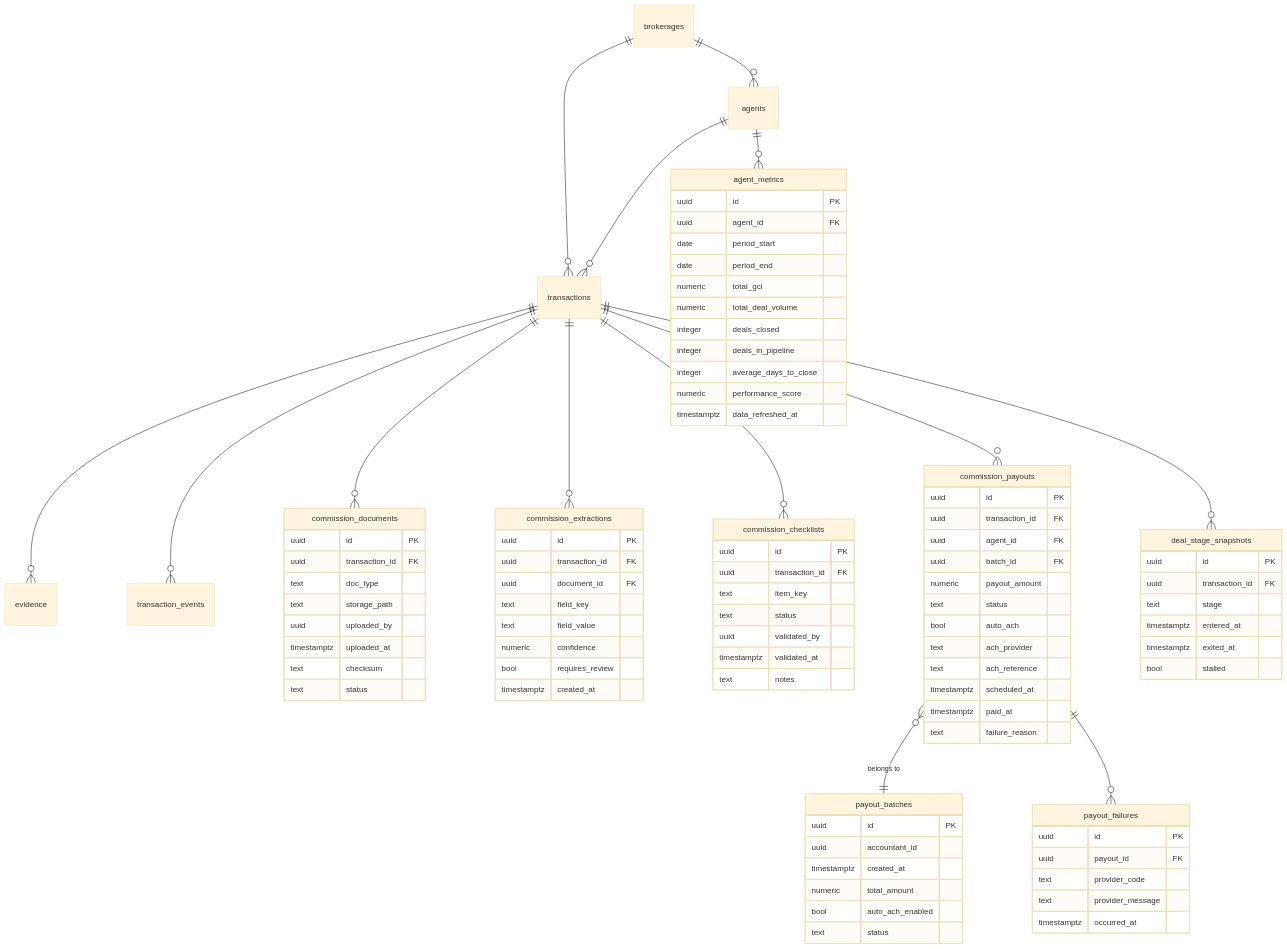
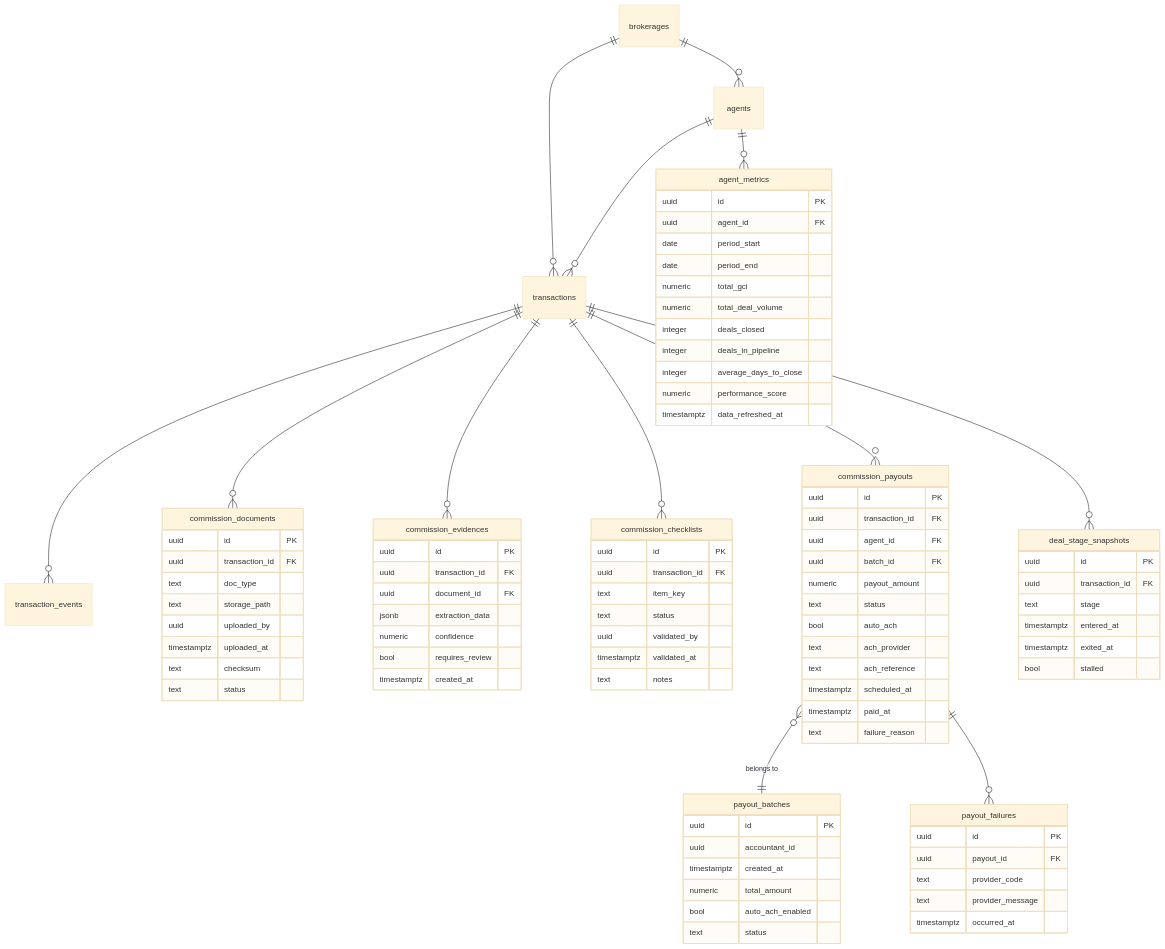
The second of 2 diagrams in docs/supabase-schema-vision.md (halioti2/Charney_Alec), drawn with Mermaid (base theme) before and after one commit. The commit also changed other lines of this file and 8 other files, not shown here.

```diff
--- a/docs/supabase-schema-vision.md
+++ b/docs/supabase-schema-vision.md
@@ -83,10 +83,9 @@
     brokerages ||--o{ agents : ""
     brokerages ||--o{ transactions : ""
     agents ||--o{ transactions : ""
-    transactions ||--o{ evidence : ""
     transactions ||--o{ transaction_events : ""
     transactions ||--o{ commission_documents : ""
-    transactions ||--o{ commission_extractions : ""
+    transactions ||--o{ commission_evidences : ""
     transactions ||--o{ commission_checklists : ""
     transactions ||--o{ commission_payouts : ""
     commission_payouts }o--|| payout_batches : "belongs to"
@@ -105,12 +104,11 @@
       text status
     }
 
-    commission_extractions {
+    commission_evidences {
       uuid id PK
       uuid transaction_id FK
       uuid document_id FK
-      text field_key
-      text field_value
+      jsonb extraction_data
       numeric confidence
       bool requires_review
       timestamptz created_at
```
